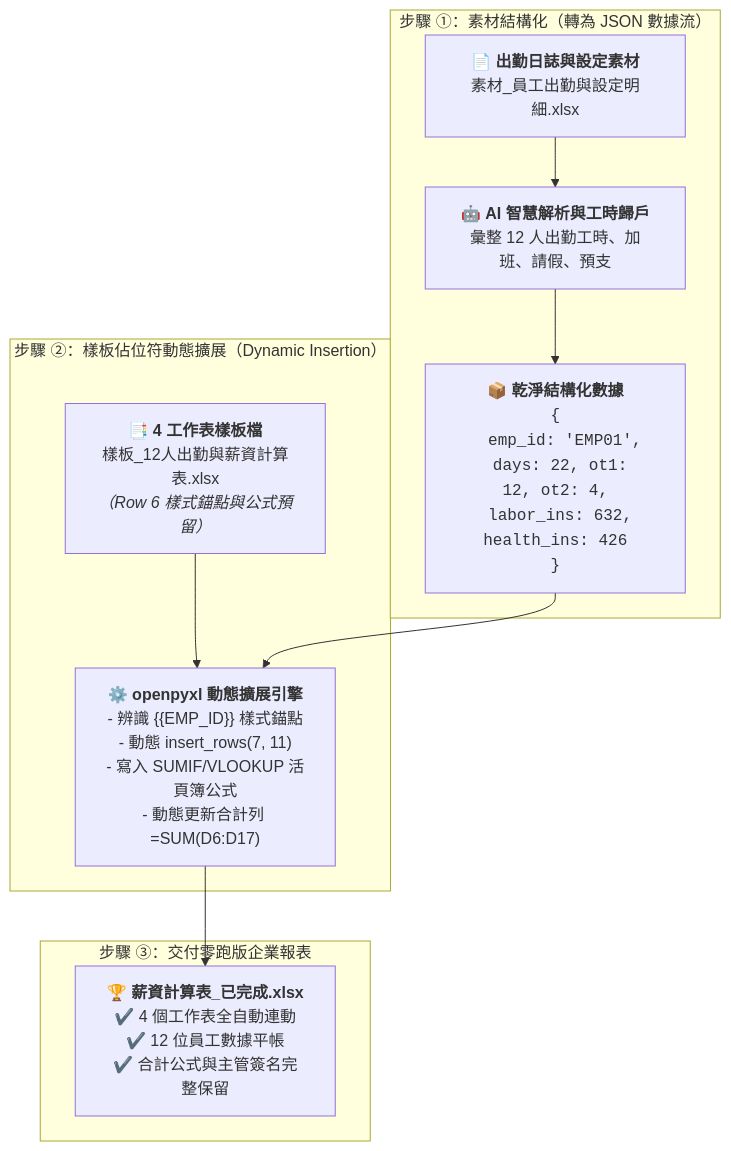
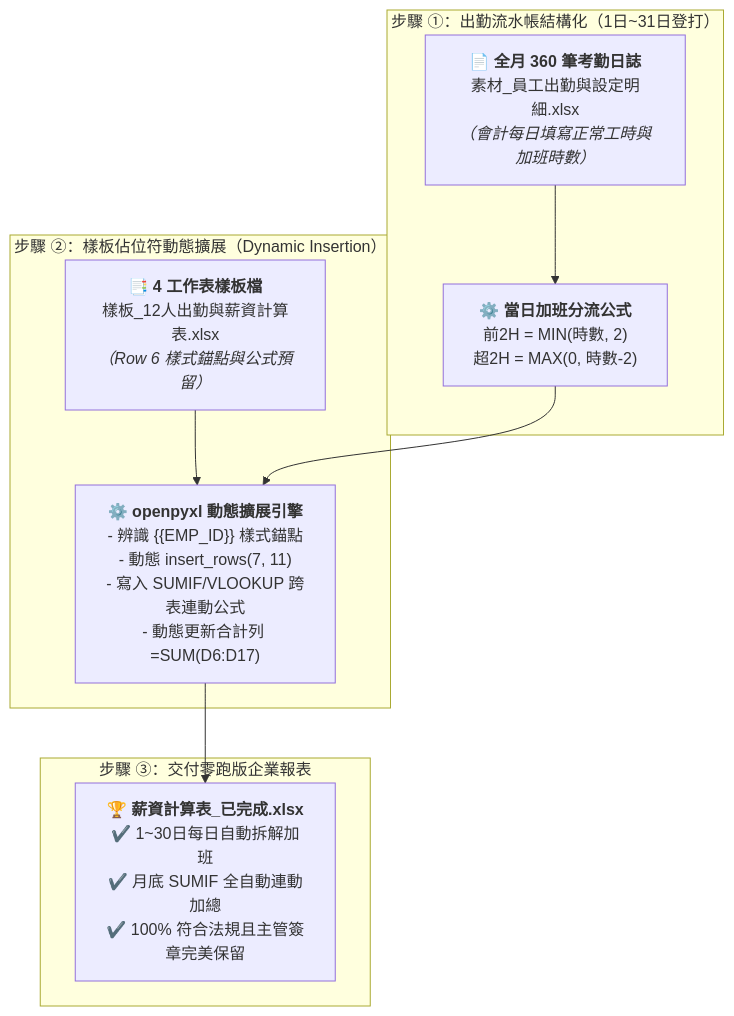
The diagram in 常見的AI應用/實戰範例/薪資計算表/13-3_樣板佔位符規範與Python自動套表提示詞.md (roberthsu2003/workflow-productivity), drawn with Mermaid before and after one commit. The commit also changed other lines of this file and 6 other files, not shown here.

````diff
--- a/常見的AI應用/實戰範例/薪資計算表/13-3_樣板佔位符規範與Python自動套表提示詞.md
+++ b/常見的AI應用/實戰範例/薪資計算表/13-3_樣板佔位符規範與Python自動套表提示詞.md
@@ -67,16 +74,15 @@
 ```mermaid
 flowchart TD
-    subgraph S1 ["步驟 ①：素材結構化（轉為 JSON 數據流）"]
-        Raw["📄 <b>出勤日誌與設定素材</b><br/>素材_員工出勤與設定明細.xlsx"] --> AI_Json["🤖 <b>AI 智慧解析與工時歸戶</b><br/>彙整 12 人出勤工時、加班、請假、預支"]
-        AI_Json --> JsonBox["📦 <b>乾淨結構化數據</b><br/><code>{<br/>&nbsp;&nbsp;emp_id: 'EMP01',<br/>&nbsp;&nbsp;days: 22, ot1: 12, ot2: 4,<br/>&nbsp;&nbsp;labor_ins: 632, health_ins: 426<br/>}</code>"]
+    subgraph S1 ["步驟 ①：出勤流水帳結構化（1日~31日登打）"]
+        Raw["📄 <b>全月 360 筆考勤日誌</b><br/>素材_員工出勤與設定明細.xlsx<br/><i>（會計每日填寫正常工時與加班時數）</i>"] --> Split["⚙️ <b>當日加班分流公式</b><br/>前2H = MIN(時數, 2)<br/>超2H = MAX(0, 時數-2)"]
     end
 
     subgraph S2 ["步驟 ②：樣板佔位符動態擴展（Dynamic Insertion）"]
-        Tpl["📑 <b>4 工作表樣板檔</b><br/>樣板_12人出勤與薪資計算表.xlsx<br/><i>（Row 6 樣式錨點與公式預留）</i>"] --> Engine["⚙️ <b>openpyxl 動態擴展引擎</b><br/>- 辨識 {{EMP_ID}} 樣式錨點<br/>- 動態 insert_rows(7, 11)<br/>- 寫入 SUMIF/VLOOKUP 活頁簿公式<br/>- 動態更新合計列 =SUM(D6:D17)"]
-        JsonBox --> Engine
+        Tpl["📑 <b>4 工作表樣板檔</b><br/>樣板_12人出勤與薪資計算表.xlsx<br/><i>（Row 6 樣式錨點與公式預留）</i>"] --> Engine["⚙️ <b>openpyxl 動態擴展引擎</b><br/>- 辨識 {{EMP_ID}} 樣式錨點<br/>- 動態 insert_rows(7, 11)<br/>- 寫入 SUMIF/VLOOKUP 跨表連動公式<br/>- 動態更新合計列 =SUM(D6:D17)"]
+        Split --> Engine
     end
 
     subgraph S3 ["步驟 ③：交付零跑版企業報表"]
-        Engine --> Output["🏆 <b>薪資計算表_已完成.xlsx</b><br/>✔️ 4 個工作表全自動連動<br/>✔️ 12 位員工數據平帳<br/>✔️ 合計公式與主管簽名完整保留"]
+        Engine --> Output["🏆 <b>薪資計算表_已完成.xlsx</b><br/>✔️ 1~30日每日自動拆解加班<br/>✔️ 月底 SUMIF 全自動連動加總<br/>✔️ 100% 符合法規且主管簽章完美保留"]
     end
 ```
````
